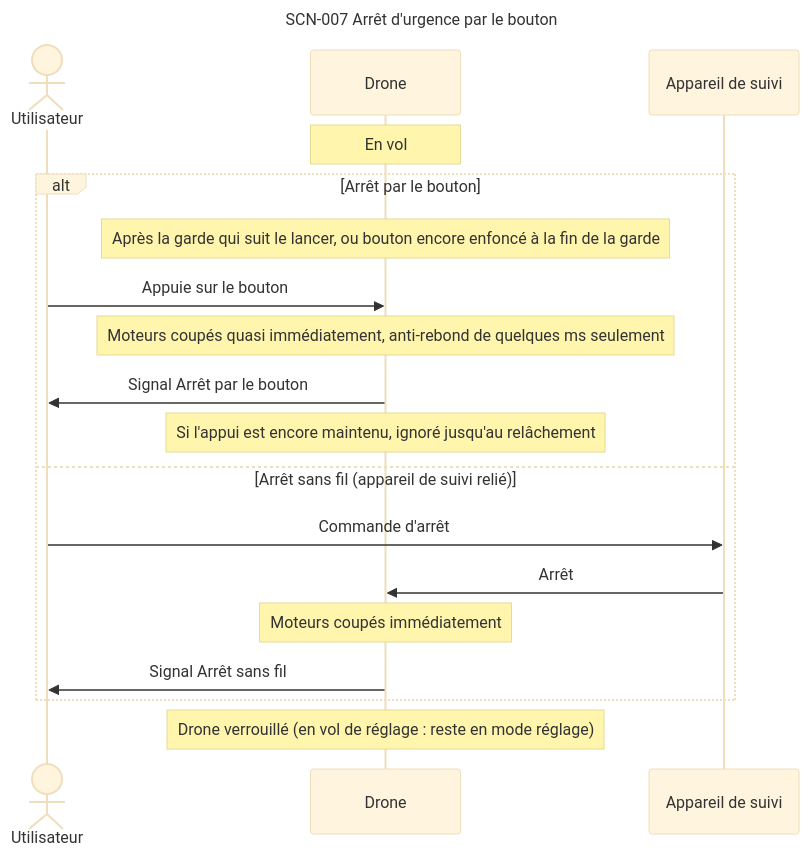
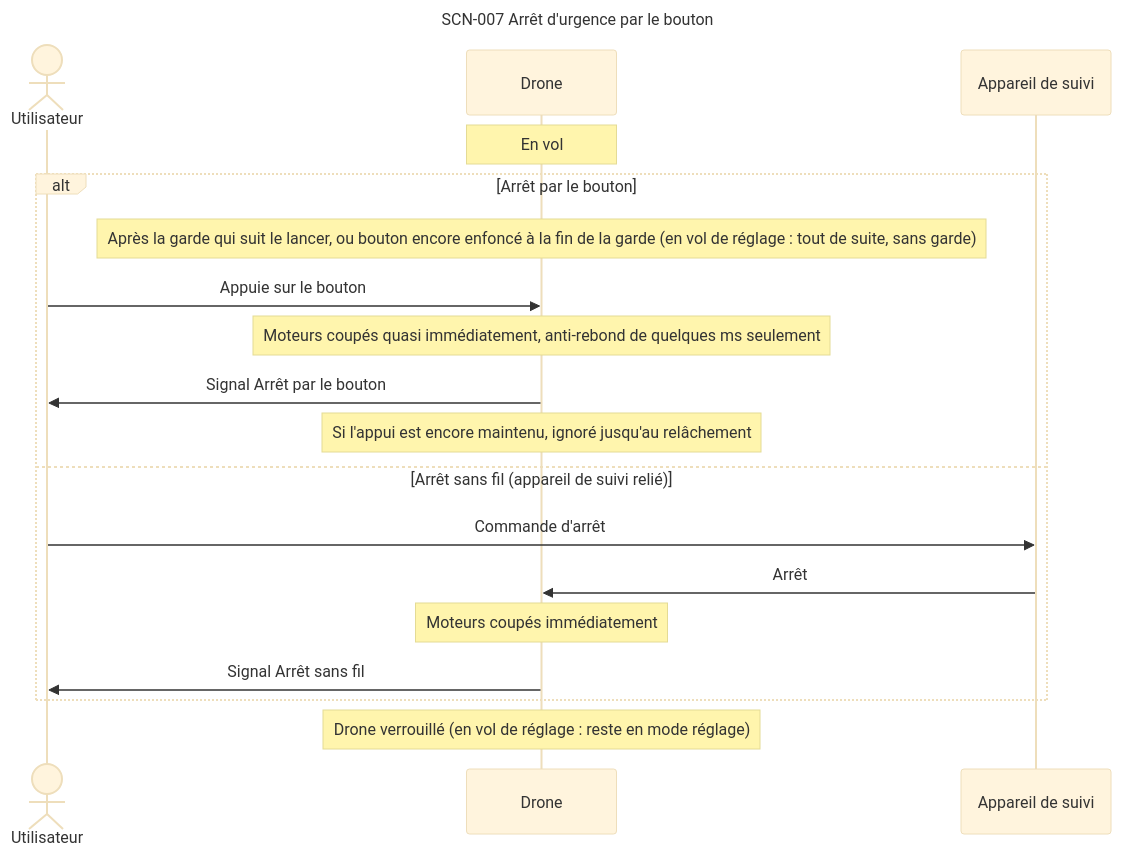
Diagram 11 of 15 in projets/boomrone/00-scenarios.md (thourymatthieu-png/coworker_archi_system), drawn with Mermaid (base theme) before and after one commit. The commit also changed other lines of this file and 6 other files, not shown here.

Commit message:
Boomrone : DEC-094 à DEC-101 (chien de garde, redémarrage, statut sans fil, signaux), doutes DOU-027, 074, 075, 083, 084 levés, DOU-092 à DOU-094 ouverts

````diff
--- a/projets/boomrone/00-scenarios.md
+++ b/projets/boomrone/00-scenarios.md
@@ -557,23 +571,23 @@
 ```mermaid
 ---
 title: "SCN-007 Arrêt d'urgence par le bouton"
 ---
 sequenceDiagram
     actor U as Utilisateur
     participant D as Drone
     participant A as Appareil de suivi
     Note over D: En vol
     alt Arrêt par le bouton
-        Note over D: Après la garde qui suit le lancer, ou bouton encore enfoncé à la fin de la garde
+        Note over D: Après la garde qui suit le lancer, ou bouton encore enfoncé à la fin de la garde (en vol de réglage : tout de suite, sans garde)
         U->>D: Appuie sur le bouton
         Note over D: Moteurs coupés quasi immédiatement, anti-rebond de quelques ms seulement
         D->>U: Signal Arrêt par le bouton
         Note over D: Si l'appui est encore maintenu, ignoré jusqu'au relâchement
     else Arrêt sans fil (appareil de suivi relié)
         U->>A: Commande d'arrêt
         A->>D: Arrêt
         Note over D: Moteurs coupés immédiatement
         D->>U: Signal Arrêt sans fil
     end
     Note over D: Drone verrouillé (en vol de réglage : reste en mode réglage)
 ```
````
